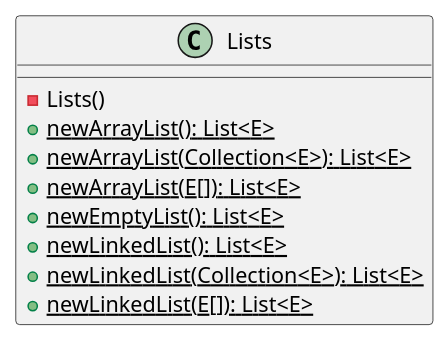
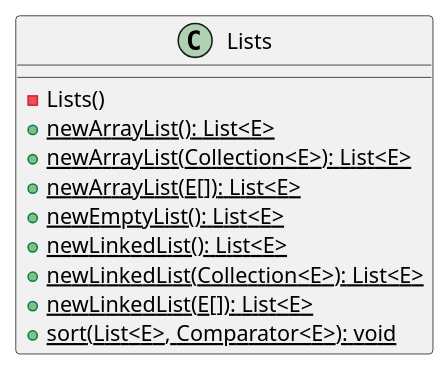
The diagram in malokhvii-eduard/malokhvii05/doc/plantuml/ua/khpi/oop/malokhvii05/common/collect/Lists.puml (P-Kalin/kit26a), drawn with PlantUML before and after one commit. The commit also changed 47 other files, not shown here.

Commit message:
#3, #13 malokhvii05: update graphs

```diff
--- a/malokhvii-eduard/malokhvii05/doc/plantuml/ua/khpi/oop/malokhvii05/common/collect/Lists.puml
+++ b/malokhvii-eduard/malokhvii05/doc/plantuml/ua/khpi/oop/malokhvii05/common/collect/Lists.puml
@@ -1,14 +1,15 @@
 @startuml
 
     class Lists {
         -Lists()
         {static} +newArrayList(): List<E>
         {static} +newArrayList(Collection<E>): List<E>
         {static} +newArrayList(E[]): List<E>
         {static} +newEmptyList(): List<E>
         {static} +newLinkedList(): List<E>
         {static} +newLinkedList(Collection<E>): List<E>
         {static} +newLinkedList(E[]): List<E>
+        {static} +sort(List<E>, Comparator<E>): void
     }
 
 @enduml
```
